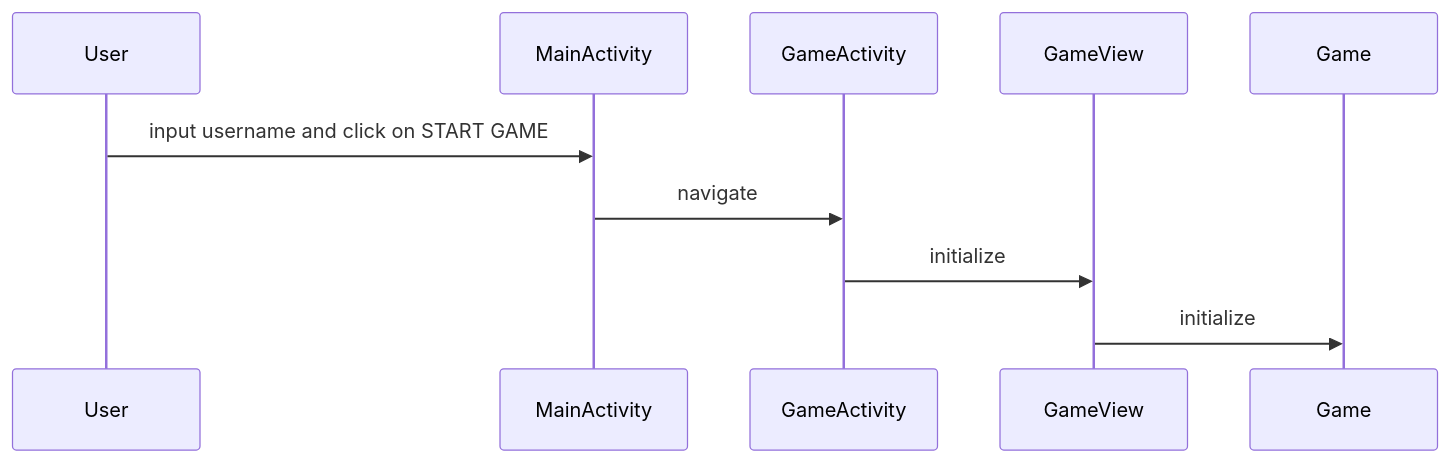
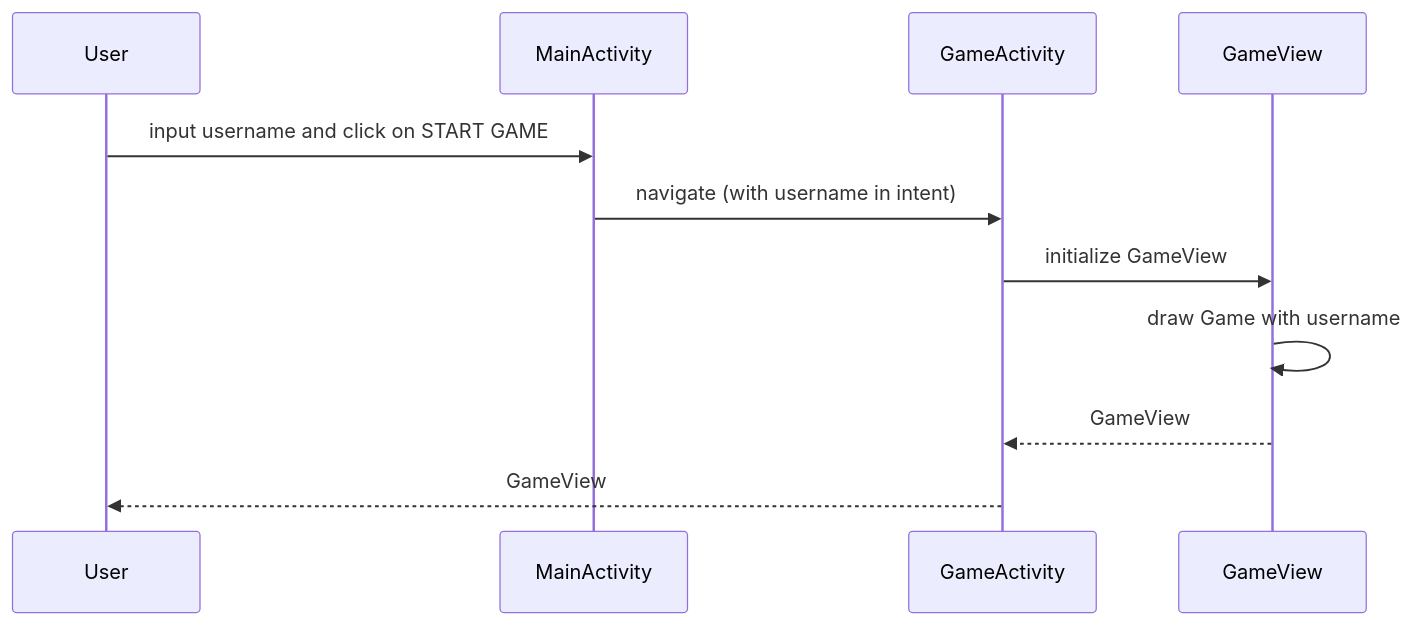
The first of 5 diagrams in README.md (suo-haoran/caja-quest), drawn with Mermaid before and after one commit. The commit also changed other lines of this file and 1 other file, not shown here.

````diff
--- a/README.md
+++ b/README.md
@@ -129,7 +134,9 @@
 ```mermaid
 sequenceDiagram
 User ->> MainActivity: input username and click on START GAME
-MainActivity->>GameActivity: navigate
-GameActivity->>GameView: initialize
-GameView->>Game: initialize
+MainActivity->>GameActivity: navigate (with username in intent)
+GameActivity->>GameView: initialize GameView
+GameView->>GameView: draw Game with username
+GameView-->>GameActivity: GameView
+GameActivity-->>User: GameView
 ```
````
